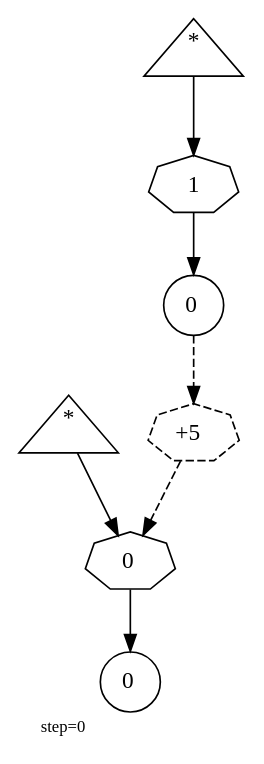
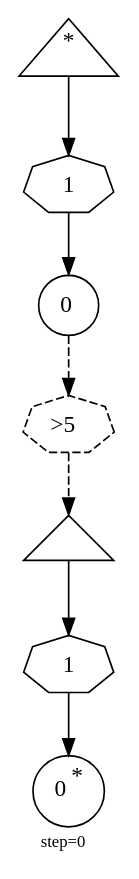
One commit to abarbu/machinations changed the diagram in ours/101-connections/0039.dot. Above: the diagram before and after it, drawn with Graphviz. The commit also changed 200 other files, not shown here.

```diff
--- a/ours/101-connections/0039.dot
+++ b/ours/101-connections/0039.dot
@@ -1,16 +1,16 @@
 digraph {
   graph  [labelloc=bottom,labeljust=left,fontsize="10",label="step=0"];
-  "22123" [shape=triangle,peripheries="1",label=<<SUP>*</SUP>>,labelfontcolor=black,color=black];
-  "22124" [shape=triangle,peripheries="1",label=<<SUP>*</SUP>>,labelfontcolor=black,color=black];
-  "22125" [shape=circle,peripheries="1",label=<0>,labelfontcolor=black,color=black];
-  "22127" [shape=circle,peripheries="1",label=<0>,labelfontcolor=black,color=black];
-  "22126" [label=<1>,peripheries="1",color=black,shape=septagon];
-  "22124" -> "22126" [color=black];
-  "22126" -> "22125" [color=black];
-  "22128" [label=<0>,peripheries="1",color=black,shape=septagon];
-  "22123" -> "22128" [color=black];
-  "22128" -> "22127" [color=black];
-  "22129" [label=<+5>,peripheries="1",color=black,style=dashed,shape=septagon];
-  "22125" -> "22129" [style=dashed,color=black];
-  "22129" -> "22128" [style=dashed,color=black];
+  "303" [shape=triangle,peripheries="1",label="",labelfontcolor=black,color=black];
+  "304" [shape=triangle,peripheries="1",label=<<SUP>*</SUP>>,labelfontcolor=black,color=black];
+  "305" [shape=circle,peripheries="1",label=<0>,labelfontcolor=black,color=black];
+  "307" [shape=circle,peripheries="1",label=<0<SUP>*</SUP>>,labelfontcolor=black,color=black];
+  "306" [label=<1>,peripheries="1",color=black,shape=septagon];
+  "304" -> "306" [color=black];
+  "306" -> "305" [color=black];
+  "308" [label=<1>,peripheries="1",color=black,shape=septagon];
+  "303" -> "308" [color=black];
+  "308" -> "307" [color=black];
+  "309" [label=<&gt;5>,peripheries="1",color=black,style=dashed,shape=septagon];
+  "305" -> "309" [style=dashed,color=black];
+  "309" -> "303" [style=dashed,color=black];
 }
```
